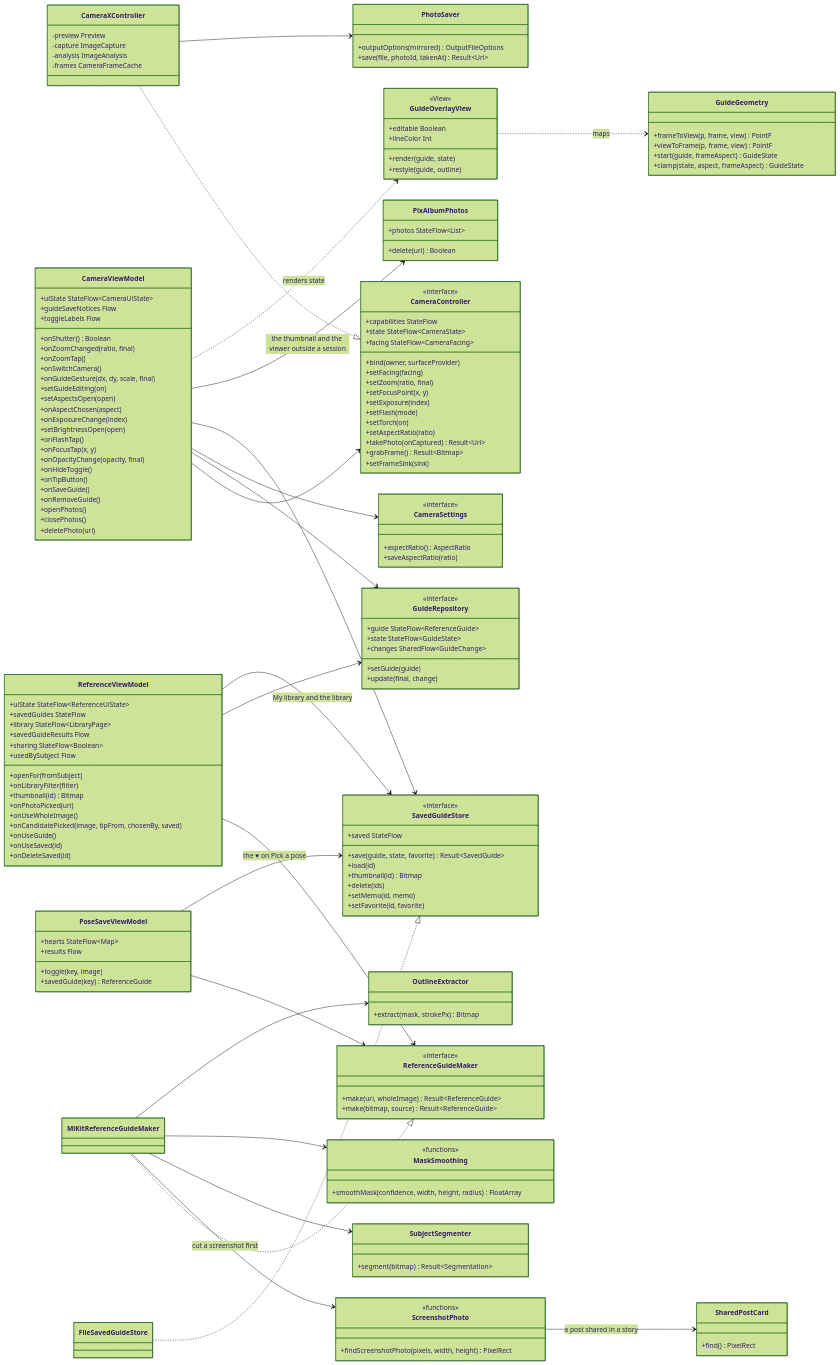
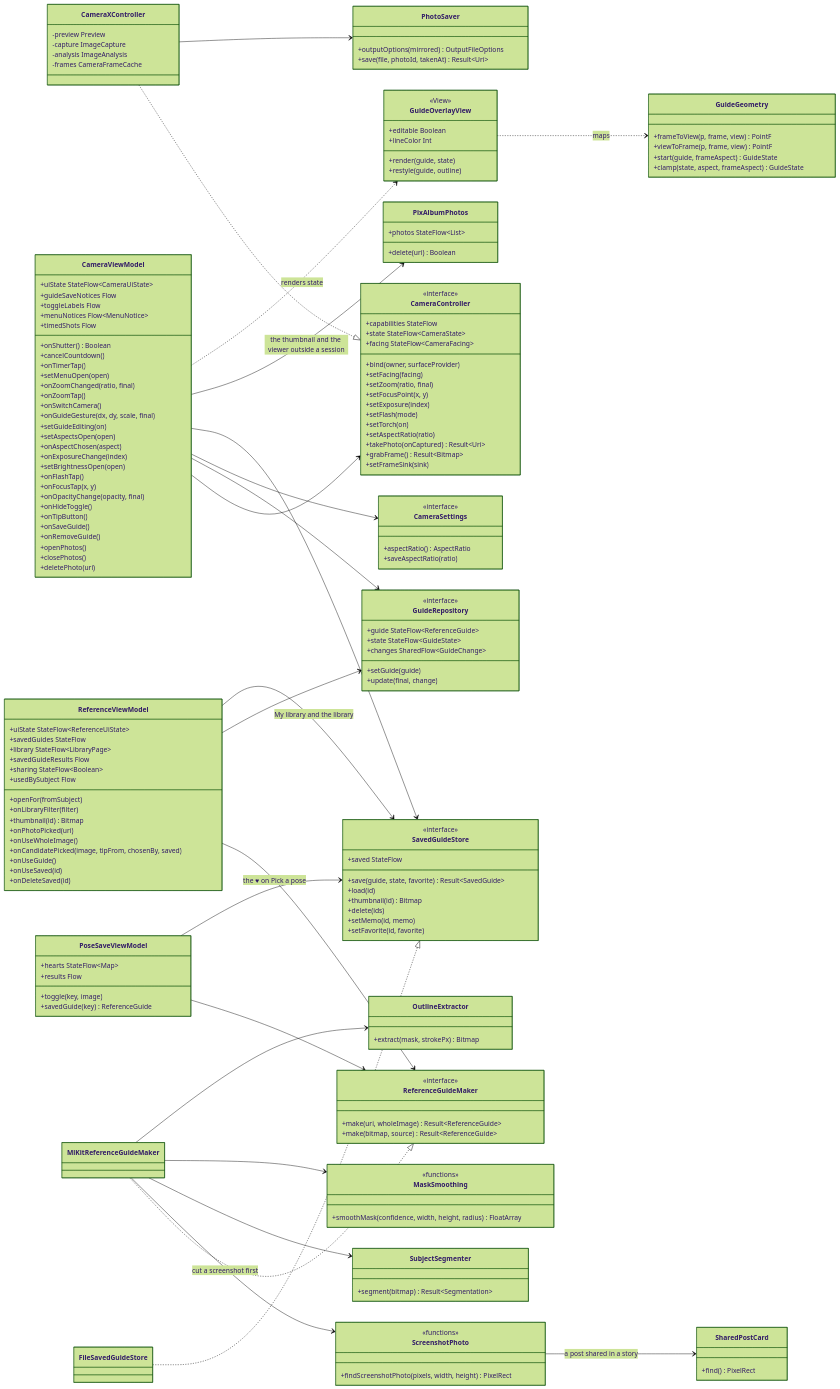
One commit to snuhcs-course/swpp-2026-project-team-10 changed the sixth of 14 diagrams in wiki/Design-Documentation.md. Above: the diagram before and after it, drawn with Mermaid (forest theme). The commit also changed other lines of this file and 80 other files, not shown here.

```diff
--- a/wiki/Design-Documentation.md
+++ b/wiki/Design-Documentation.md
@@ -656,7 +660,12 @@
     +uiState StateFlow~CameraUiState~
     +guideSaveNotices Flow
     +toggleLabels Flow
+    +menuNotices Flow~MenuNotice~
+    +timedShots Flow
     +onShutter() Boolean
+    +cancelCountdown()
+    +onTimerTap()
+    +setMenuOpen(open)
     +onZoomChanged(ratio, final)
     +onZoomTap()
     +onSwitchCamera()
```
